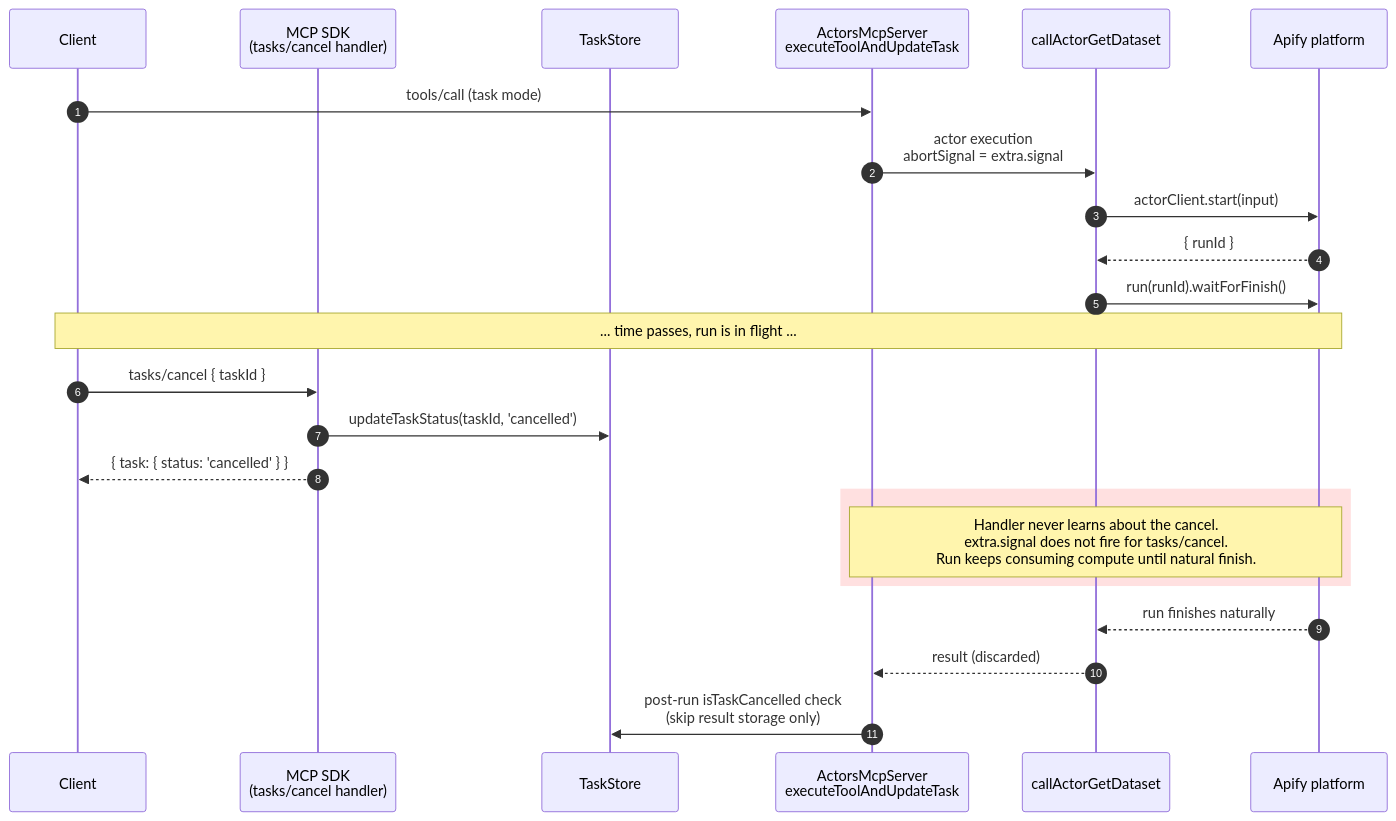
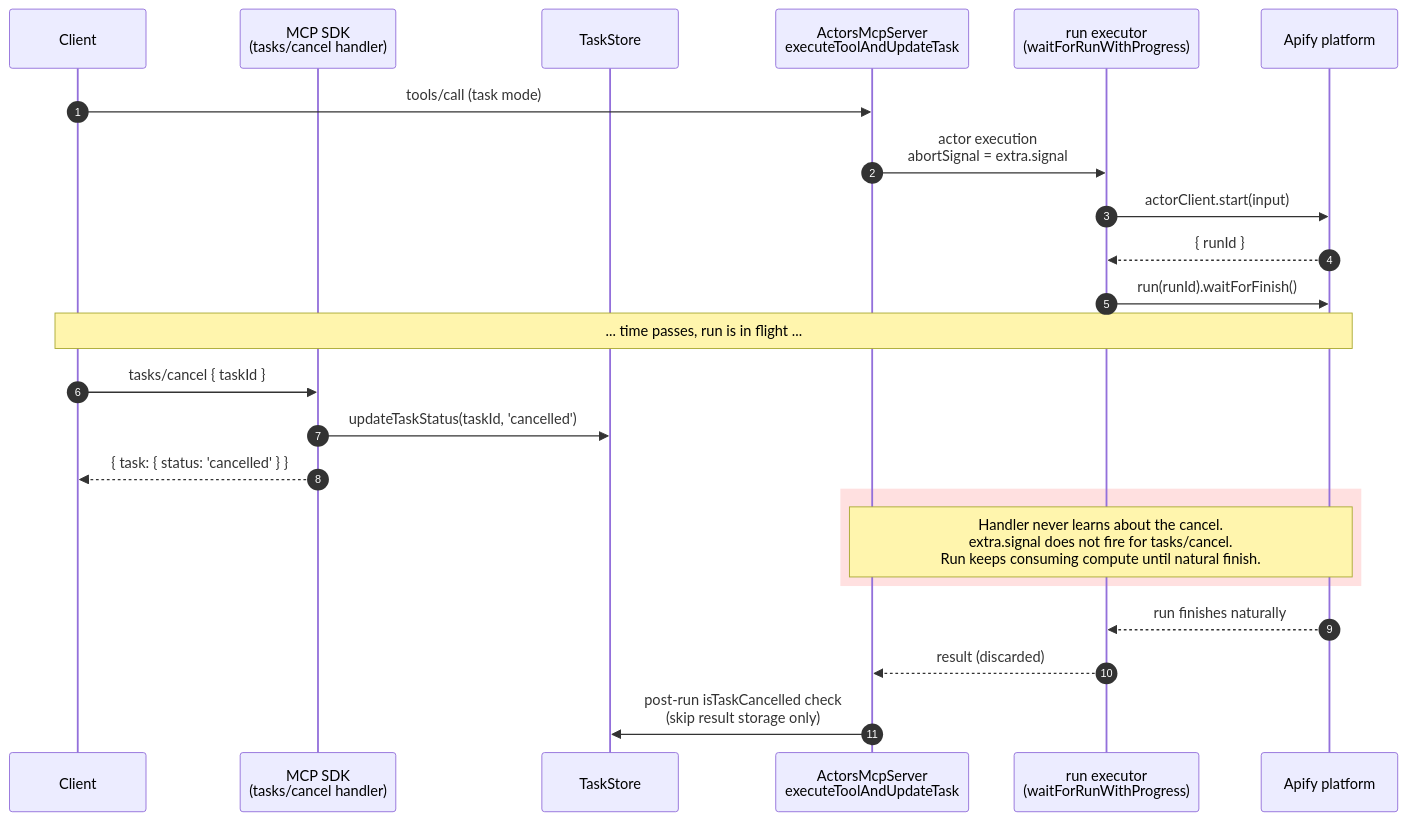
Before and after one commit to blockhabae-blip/MCP-Server: the first of 3 diagrams in res/tasks_cancel_abort_flow.md, drawn with Mermaid. The commit also changed other lines of this file and 9 other files, not shown here.

````diff
--- a/res/tasks_cancel_abort_flow.md
+++ b/res/tasks_cancel_abort_flow.md
@@ -48,30 +43,30 @@
 ```mermaid
 sequenceDiagram
     autonumber
     participant Client
     participant SDK as MCP SDK<br/>(tasks/cancel handler)
     participant Store as TaskStore
     participant Server as ActorsMcpServer<br/>executeToolAndUpdateTask
-    participant Exec as callActorGetDataset
+    participant Exec as run executor<br/>(waitForRunWithProgress)
     participant Apify as Apify platform
 
     Client->>Server: tools/call (task mode)
     Server->>Exec: actor execution<br/>abortSignal = extra.signal
     Exec->>Apify: actorClient.start(input)
     Apify-->>Exec: { runId }
     Exec->>Apify: run(runId).waitForFinish()
 
     Note over Client,Apify: ... time passes, run is in flight ...
 
     Client->>SDK: tasks/cancel { taskId }
     SDK->>Store: updateTaskStatus(taskId, 'cancelled')
     SDK-->>Client: { task: { status: 'cancelled' } }
 
     rect rgba(255, 0, 0, 0.12)
         Note over Server,Apify: Handler never learns about the cancel.<br/>extra.signal does not fire for tasks/cancel.<br/>Run keeps consuming compute until natural finish.
     end
 
     Apify-->>Exec: run finishes naturally
     Exec-->>Server: result (discarded)
     Server->>Store: post-run isTaskCancelled check<br/>(skip result storage only)
 ```
````
